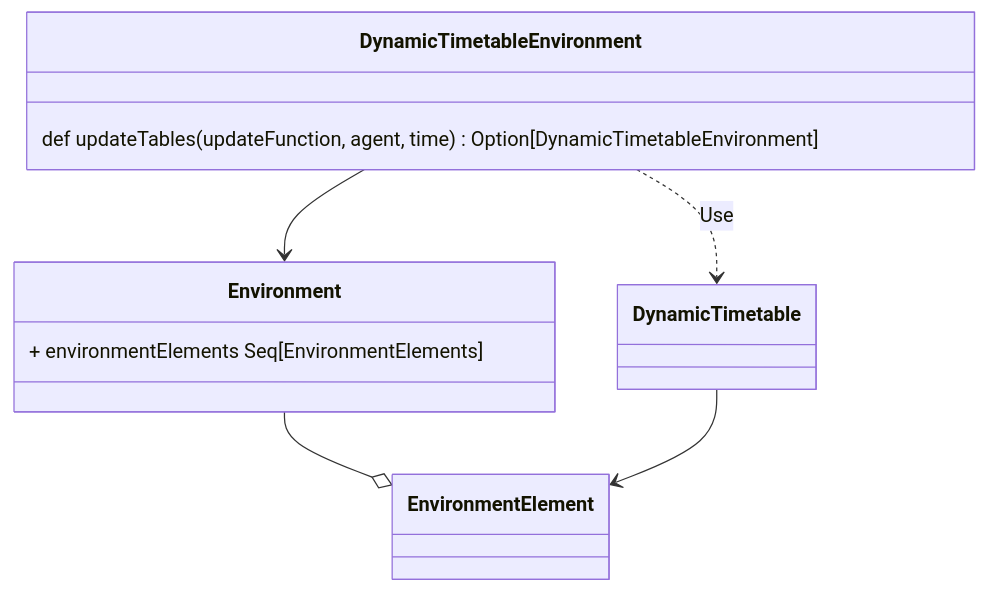
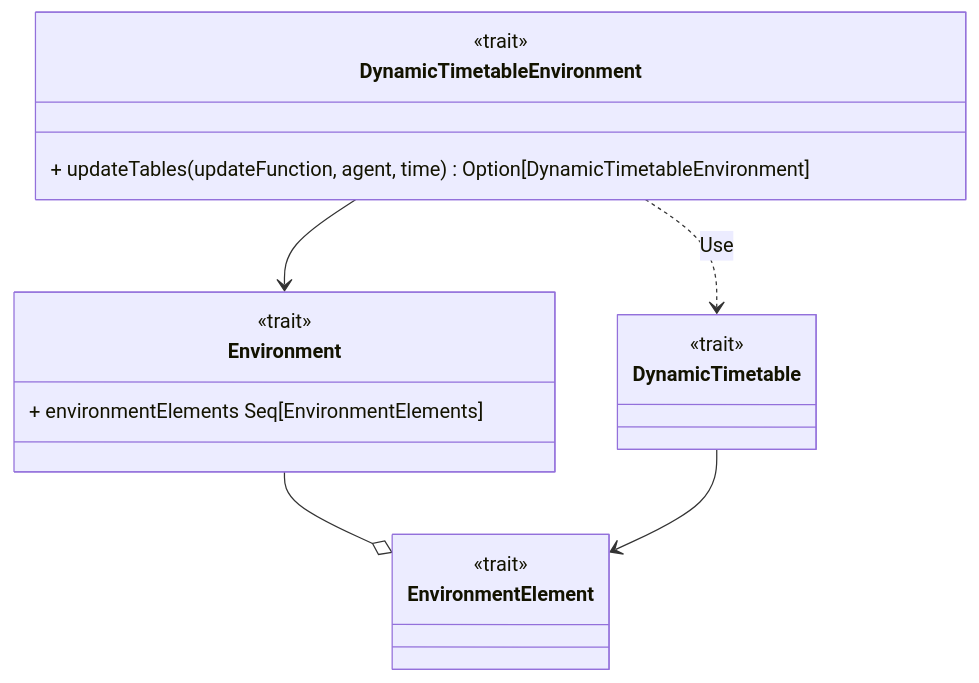
One commit to dev-pps/pps-23-ulisse changed diagram 16 of 20 in docs/report/4-details-design.md. Above: the diagram before and after it, drawn with Mermaid. The commit also changed other lines of this file, not shown here.

Commit message:
docs(Architecture): adjust uml

````diff
--- a/docs/report/4-details-design.md
+++ b/docs/report/4-details-design.md
@@ -821,18 +821,23 @@
 ```mermaid
 classDiagram
     direction TB
     class EnvironmentElement
     class DynamicTimetable
     class Environment {
         + environmentElements Seq[EnvironmentElements]
     }
     class DynamicTimetableEnvironment {
-        def updateTables(updateFunction, agent, time) Option[DynamicTimetableEnvironment]
+        + updateTables(updateFunction, agent, time) Option[DynamicTimetableEnvironment]
     }
+
+    <<trait>> EnvironmentElement
+    <<trait>> DynamicTimetable
+    <<trait>> Environment
+    <<trait>> DynamicTimetableEnvironment
 
     Environment --o EnvironmentElement
     DynamicTimetable --> EnvironmentElement
     DynamicTimetableEnvironment --> Environment
     DynamicTimetableEnvironment ..> DynamicTimetable: Use
 
 ```
````
